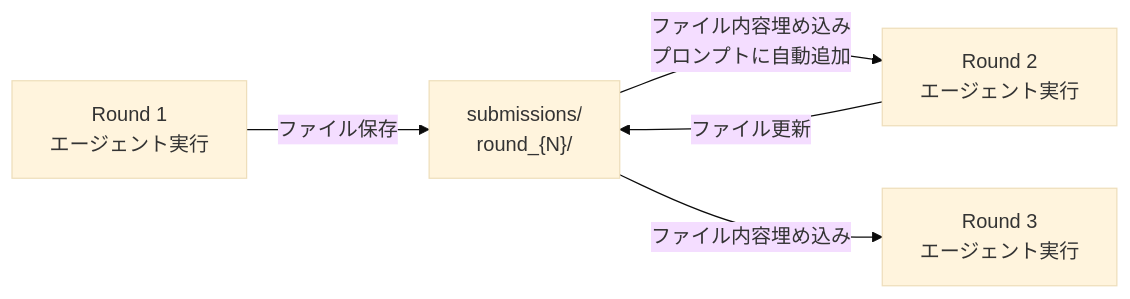
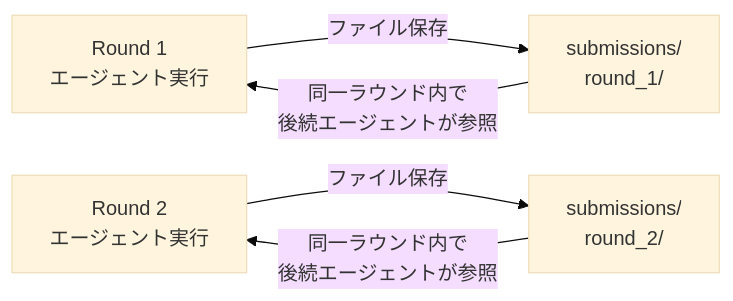
The third of 4 diagrams in docs/system-flow.md (drillan/mixseek-quant-insight-plus), drawn with Mermaid (base theme) before and after one commit. The commit also changed other lines of this file and 5 other files, not shown here.

````diff
--- a/docs/system-flow.md
+++ b/docs/system-flow.md
@@ -170,7 +170,7 @@
 ```{mermaid}
 flowchart LR
-    R1["Round 1<br>エージェント実行"] -->|"ファイル保存"| FS["submissions/<br>round_{N}/"]
-    FS -->|"ファイル内容埋め込み<br>プロンプトに自動追加"| R2["Round 2<br>エージェント実行"]
-    R2 -->|"ファイル更新"| FS
-    FS -->|"ファイル内容埋め込み"| R3["Round 3<br>エージェント実行"]
+    R1["Round 1<br>エージェント実行"] -->|"ファイル保存"| FS1["submissions/<br>round_1/"]
+    FS1 -->|"同一ラウンド内で<br>後続エージェントが参照"| R1
+    R2["Round 2<br>エージェント実行"] -->|"ファイル保存"| FS2["submissions/<br>round_2/"]
+    FS2 -->|"同一ラウンド内で<br>後続エージェントが参照"| R2
 ```
````
